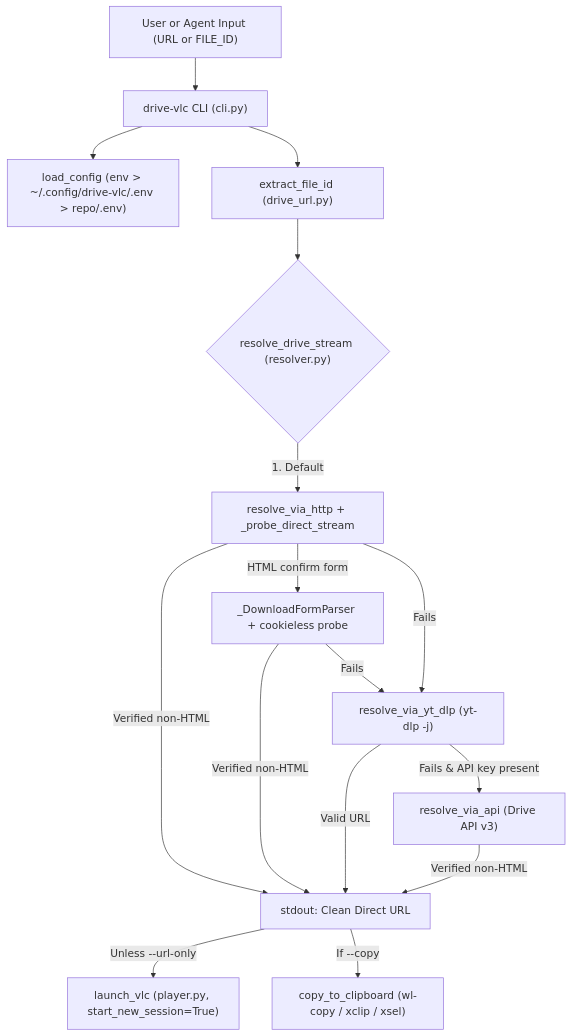
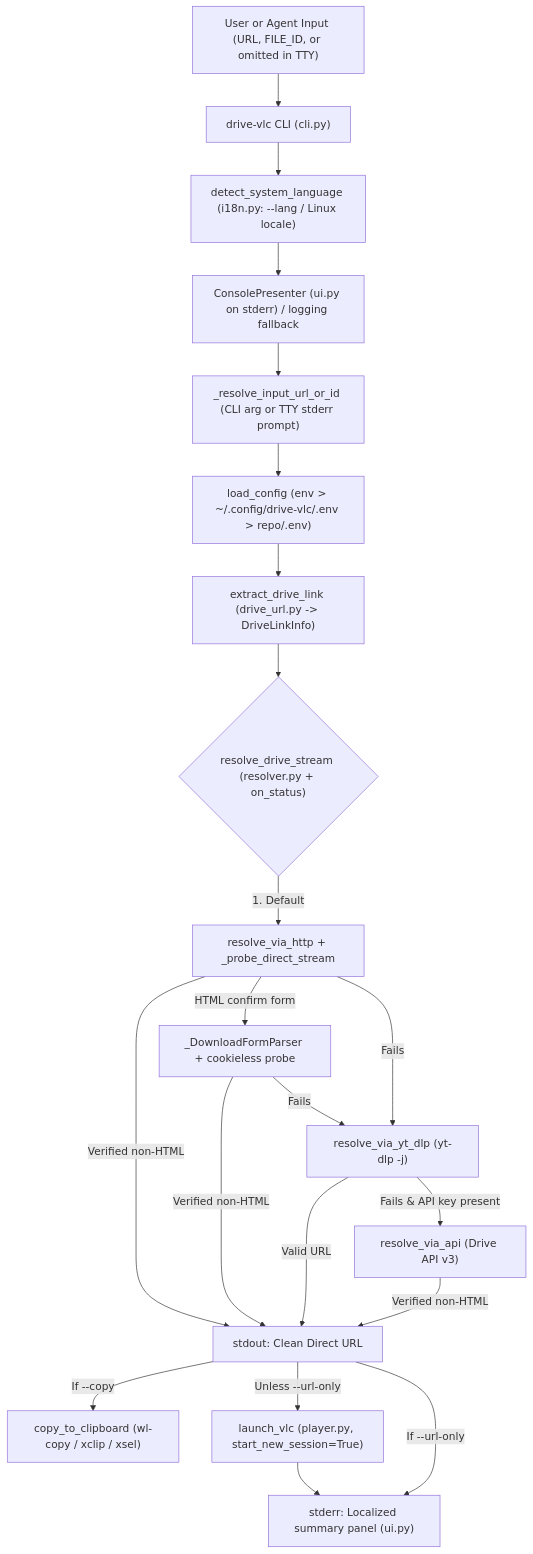
The diagram in docs/02_engineering_guidelines.md (seyerjo/DriveStream-VLC), drawn with Mermaid before and after one commit. The commit also changed other lines of this file and 1 other file, not shown here.

Commit message:
docs(architecture): align Mermaid diagrams with v0.2.0 flow

````diff
--- a/docs/02_engineering_guidelines.md
+++ b/docs/02_engineering_guidelines.md
@@ -7,18 +7,23 @@
 ```mermaid
 flowchart TD
-    UserInput["User or Agent Input (URL or FILE_ID)"] --> Entry["drive-vlc CLI (cli.py)"]
-    Entry --> Config["load_config (env > ~/.config/drive-vlc/.env > repo/.env)"]
-    Entry --> Extract["extract_file_id (drive_url.py)"]
-    Extract --> Cascade{"resolve_drive_stream (resolver.py)"}
-    Cascade -->|1. Default| Http["resolve_via_http + _probe_direct_stream"]
-    Http -->|HTML confirm form| Form["_DownloadFormParser + cookieless probe"]
-    Form -->|Fails| YtDlp["resolve_via_yt_dlp (yt-dlp -j)"]
-    Http -->|Fails| YtDlp
-    YtDlp -->|Fails & API key present| Api["resolve_via_api (Drive API v3)"]
-    Http -->|Verified non-HTML| Output["stdout: Clean Direct URL"]
-    Form -->|Verified non-HTML| Output
-    YtDlp -->|Valid URL| Output
-    Api -->|Verified non-HTML| Output
+    UserInput["User or Agent Input (URL, FILE_ID, or omitted in TTY)"] --> Entry["drive-vlc CLI (cli.py)"]
+    Entry --> Locale["detect_system_language (i18n.py: --lang / Linux locale)"]
+    Locale --> UI["ConsolePresenter (ui.py on stderr) / logging fallback"]
+    UI --> Prompt["_resolve_input_url_or_id (CLI arg or TTY stderr prompt)"]
+    Prompt --> Config["load_config (env > ~/.config/drive-vlc/.env > repo/.env)"]
+    Config --> Extract["extract_drive_link (drive_url.py -> DriveLinkInfo)"]
+    Extract --> Cascade{"resolve_drive_stream (resolver.py + on_status)"}
+    Cascade -->|"1. Default"| Http["resolve_via_http + _probe_direct_stream"]
+    Http -->|"HTML confirm form"| Form["_DownloadFormParser + cookieless probe"]
+    Form -->|"Fails"| YtDlp["resolve_via_yt_dlp (yt-dlp -j)"]
+    Http -->|"Fails"| YtDlp
+    YtDlp -->|"Fails & API key present"| Api["resolve_via_api (Drive API v3)"]
+    Http -->|"Verified non-HTML"| Output["stdout: Clean Direct URL"]
+    Form -->|"Verified non-HTML"| Output
+    YtDlp -->|"Valid URL"| Output
+    Api -->|"Verified non-HTML"| Output
+    Output -->|"If --copy"| Clip["copy_to_clipboard (wl-copy / xclip / xsel)"]
     Output -->|"Unless --url-only"| Vlc["launch_vlc (player.py, start_new_session=True)"]
-    Output -->|"If --copy"| Clip["copy_to_clipboard (wl-copy / xclip / xsel)"]
+    Vlc --> Summary["stderr: Localized summary panel (ui.py)"]
+    Output -->|"If --url-only"| Summary
 ```
````
